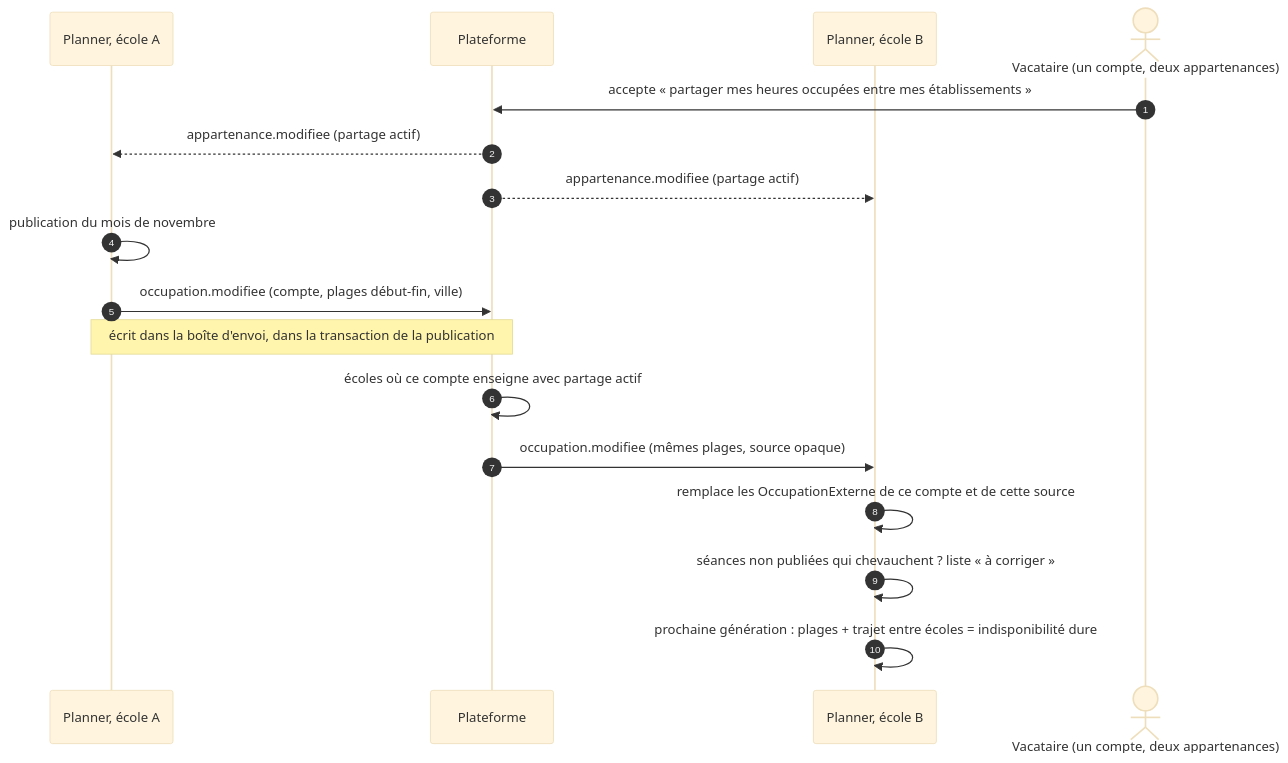
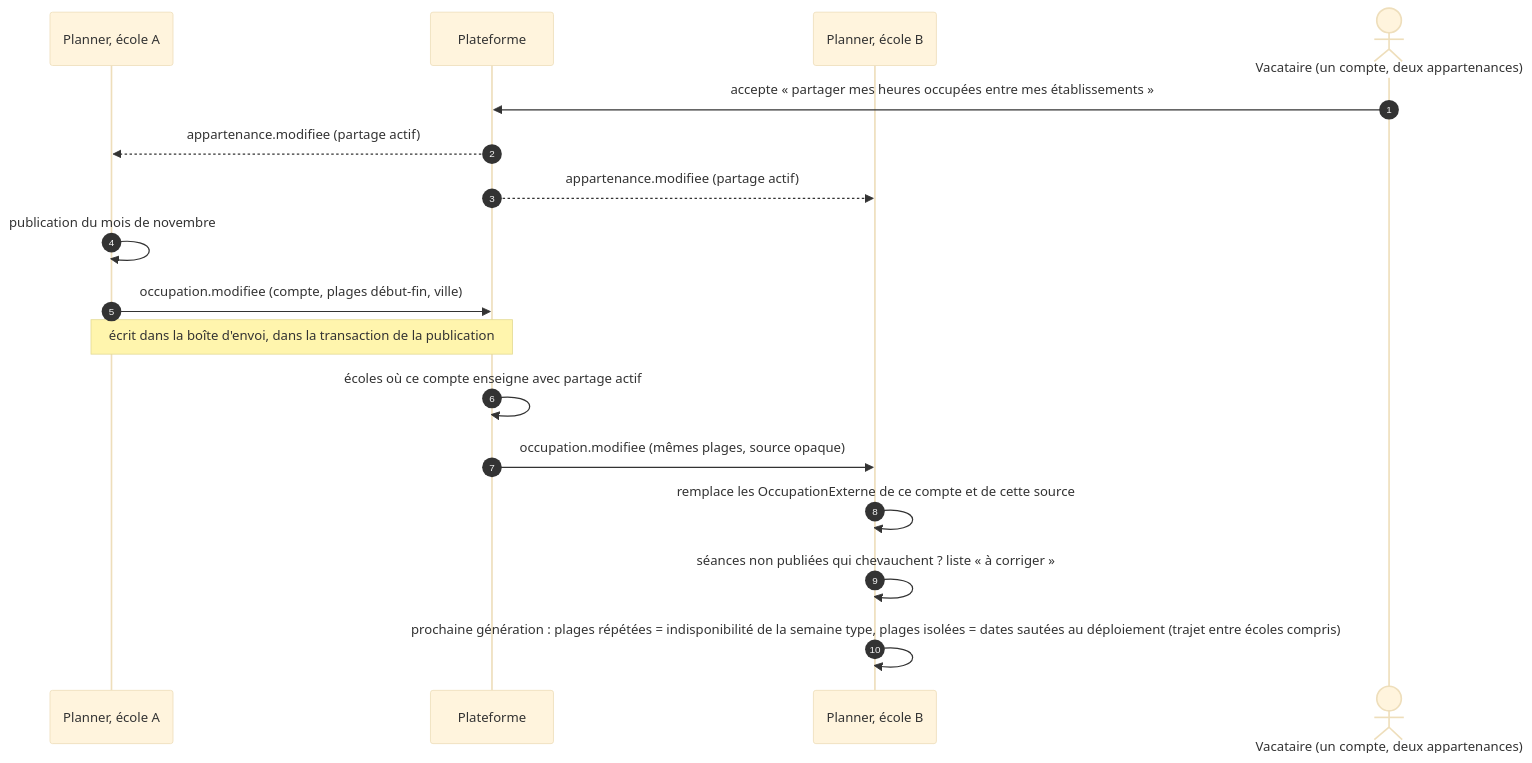
Before and after one commit to Claude20022002/plan_B_projet_PACTE: the second of 2 diagrams in docs/plans/planner-multi-etablissements/06-planification-adaptative.md, drawn with Mermaid (base theme). The commit also changed other lines of this file and 13 other files, not shown here.

````diff
--- a/docs/plans/planner-multi-etablissements/06-planification-adaptative.md
+++ b/docs/plans/planner-multi-etablissements/06-planification-adaptative.md
@@ -82,20 +83,20 @@
 ```mermaid
 sequenceDiagram
     autonumber
     participant EA as Planner, école A
     participant PF as Plateforme
     participant EB as Planner, école B
     actor V as Vacataire (un compte, deux appartenances)
 
     V->>PF: accepte « partager mes heures occupées entre mes établissements »
     PF-->>EA: appartenance.modifiee (partage actif)
     PF-->>EB: appartenance.modifiee (partage actif)
     EA->>EA: publication du mois de novembre
     EA->>PF: occupation.modifiee (compte, plages début-fin, ville)
     Note over EA,PF: écrit dans la boîte d'envoi, dans la transaction de la publication
     PF->>PF: écoles où ce compte enseigne avec partage actif
     PF->>EB: occupation.modifiee (mêmes plages, source opaque)
     EB->>EB: remplace les OccupationExterne de ce compte et de cette source
     EB->>EB: séances non publiées qui chevauchent ? liste « à corriger »
-    EB->>EB: prochaine génération : plages + trajet entre écoles = indisponibilité dure
+    EB->>EB: prochaine génération : plages répétées = indisponibilité de la semaine type, plages isolées = dates sautées au déploiement (trajet entre écoles compris)
 ```
````
